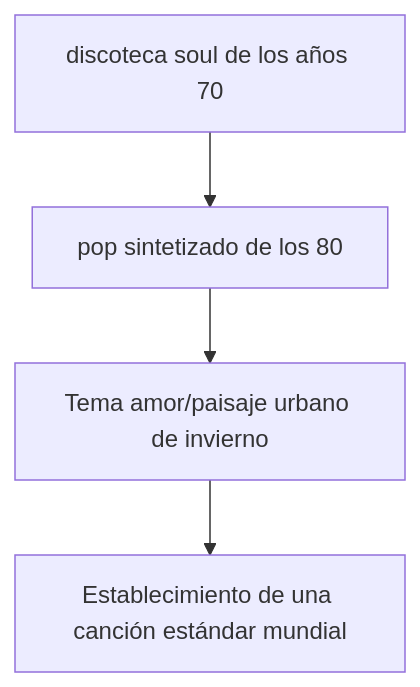
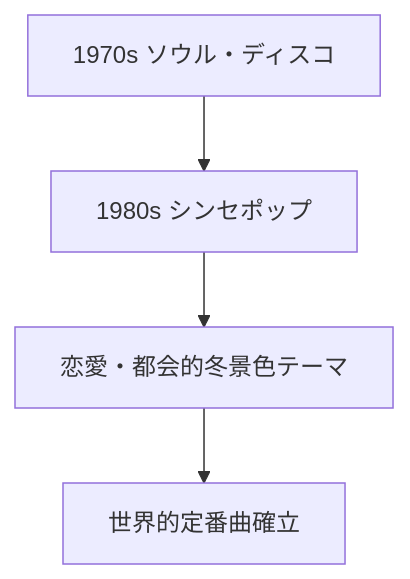
The fourth of 6 diagrams in es/_posts/2025-11-16-column-christmas-songs-history.md (monumental-movement/monumental-movement.github.io), drawn with Mermaid before and after one commit. The commit also changed other lines of this file and 299 other files, not shown here.

```diff
--- a/es/_posts/2025-11-16-column-christmas-songs-history.md
+++ b/es/_posts/2025-11-16-column-christmas-songs-history.md
@@ -149,8 +149,8 @@
 <div class="mermaid">
 
 graph TD
-A[discoteca soul de los años 70] --> B[pop sintetizado de los 80]
-B --> C[Tema amor/paisaje urbano de invierno]
-C --> D[Establecimiento de una canción estándar mundial]
+A[1970s ソウル・ディスコ] --> B[1980s シンセポップ]
+B --> C[恋愛・都会的冬景色テーマ]
+C --> D[世界的定番曲確立]
 
 </div>
```
